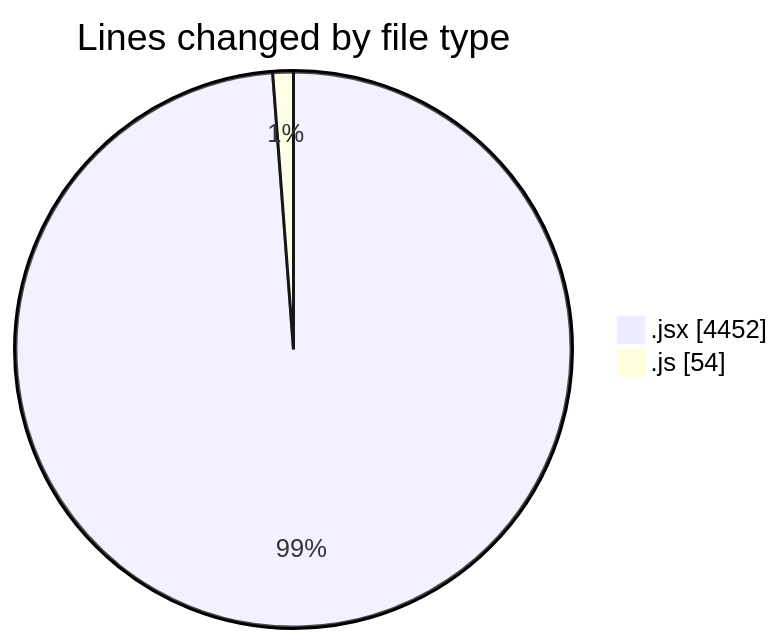
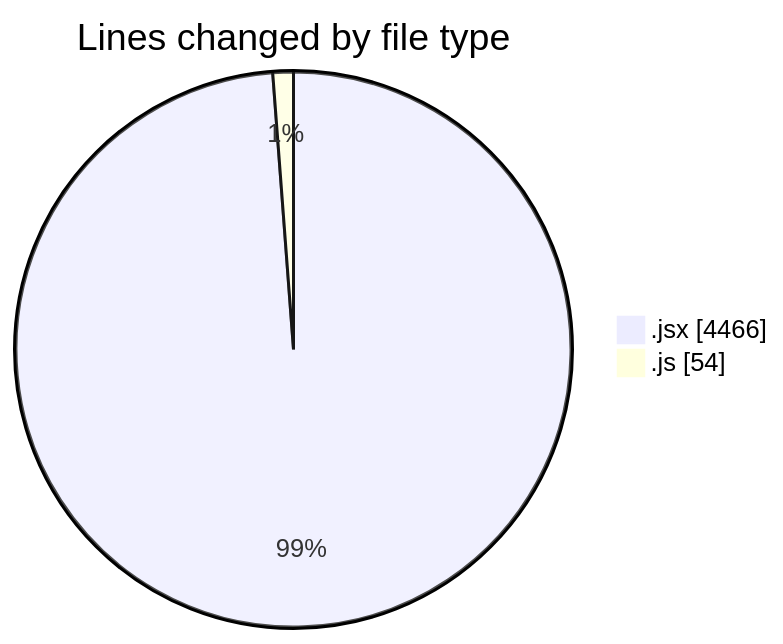
The first of 2 diagrams in 2025-06-25/nxtqube_webapp/README.md (nxtqubesakshisongat/code-tracking), drawn with Mermaid before and after one commit. The commit also changed other lines of this file and 1 other file, not shown here.

````diff
--- a/2025-06-25/nxtqube_webapp/README.md
+++ b/2025-06-25/nxtqube_webapp/README.md
@@ -24,6 +24,6 @@
 ```mermaid
 pie showData
 title Lines changed by file type
-".jsx" : 4452
+".jsx" : 4466
 ".js" : 54
 ```
````
